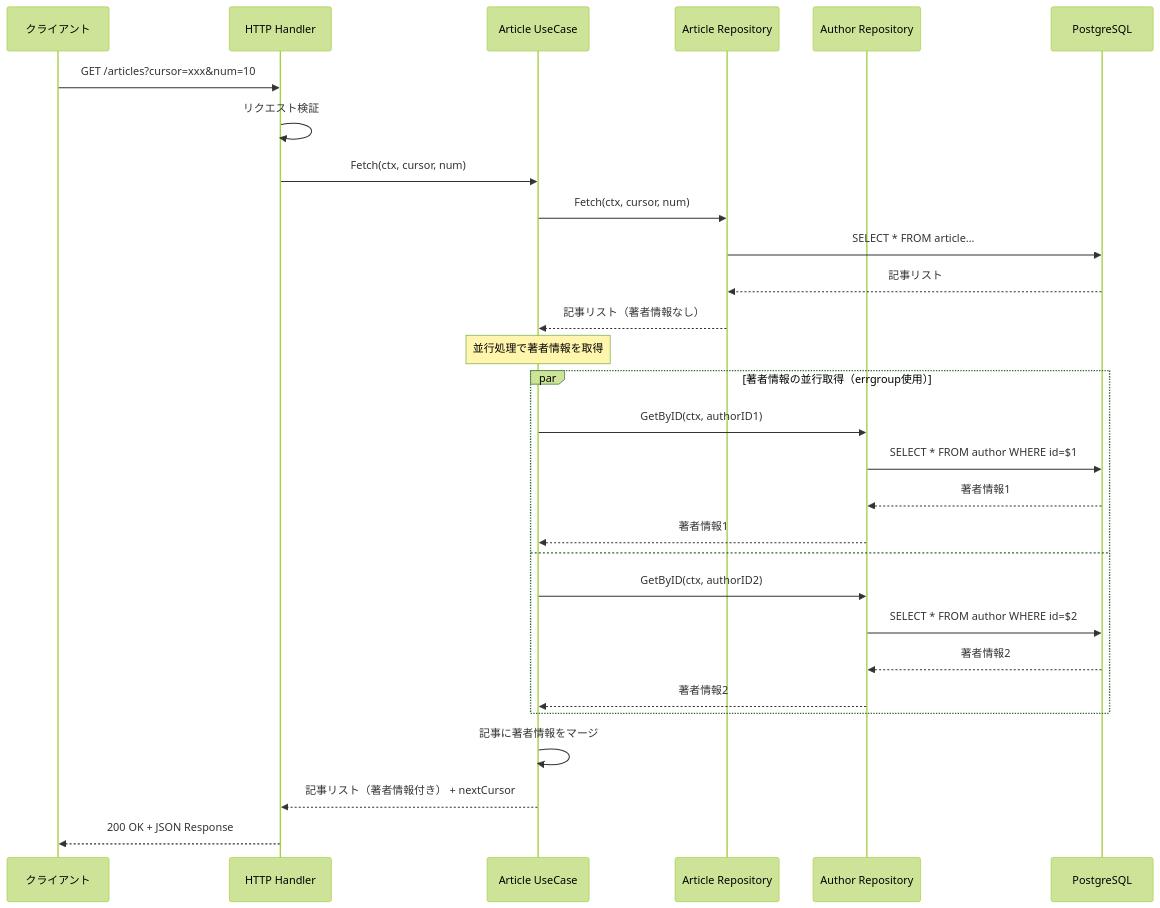
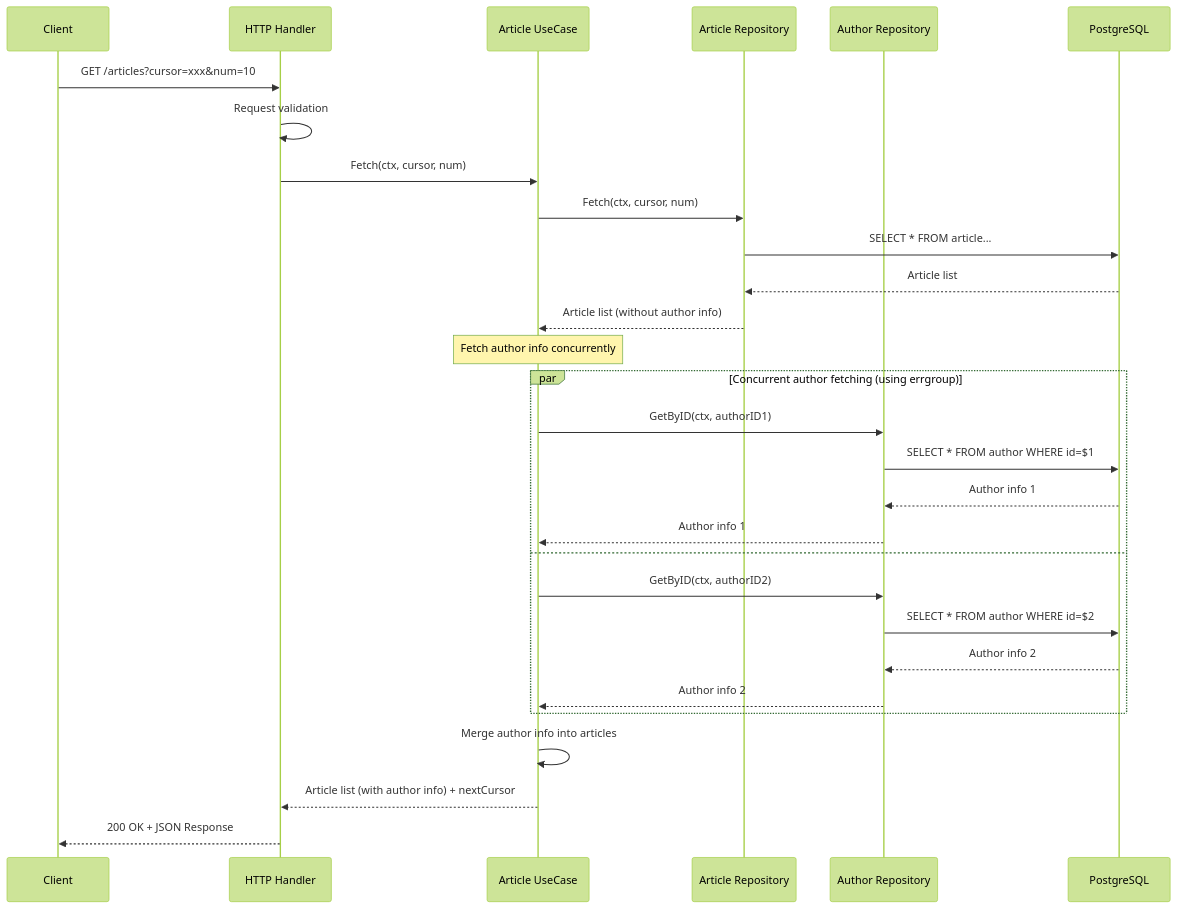
The second of 3 diagrams in docs/architecture.md (gr1m0h/test-server), drawn with Mermaid (forest theme) before and after one commit. The commit also changed other lines of this file and 3 other files, not shown here.

````diff
--- a/docs/architecture.md
+++ b/docs/architecture.md
@@ -149,36 +149,36 @@
 ```mermaid
 sequenceDiagram
-    participant Client as クライアント
+    participant Client as Client
     participant Handler as HTTP Handler
     participant UseCase as Article UseCase
     participant ArticleRepo as Article Repository
     participant AuthorRepo as Author Repository
     participant DB as PostgreSQL
 
     Client->>Handler: GET /articles?cursor=xxx&num=10
-    Handler->>Handler: リクエスト検証
+    Handler->>Handler: Request validation
     Handler->>UseCase: Fetch(ctx, cursor, num)
 
     UseCase->>ArticleRepo: Fetch(ctx, cursor, num)
     ArticleRepo->>DB: SELECT * FROM article...
-    DB-->>ArticleRepo: 記事リスト
-    ArticleRepo-->>UseCase: 記事リスト（著者情報なし）
+    DB-->>ArticleRepo: Article list
+    ArticleRepo-->>UseCase: Article list (without author info)
 
-    Note over UseCase: 並行処理で著者情報を取得
+    Note over UseCase: Fetch author info concurrently
 
-    par 著者情報の並行取得（errgroup使用）
+    par Concurrent author fetching (using errgroup)
         UseCase->>AuthorRepo: GetByID(ctx, authorID1)
         AuthorRepo->>DB: SELECT * FROM author WHERE id=$1
-        DB-->>AuthorRepo: 著者情報1
-        AuthorRepo-->>UseCase: 著者情報1
+        DB-->>AuthorRepo: Author info 1
+        AuthorRepo-->>UseCase: Author info 1
     and
         UseCase->>AuthorRepo: GetByID(ctx, authorID2)
         AuthorRepo->>DB: SELECT * FROM author WHERE id=$2
-        DB-->>AuthorRepo: 著者情報2
-        AuthorRepo-->>UseCase: 著者情報2
+        DB-->>AuthorRepo: Author info 2
+        AuthorRepo-->>UseCase: Author info 2
     end
 
-    UseCase->>UseCase: 記事に著者情報をマージ
-    UseCase-->>Handler: 記事リスト（著者情報付き） + nextCursor
+    UseCase->>UseCase: Merge author info into articles
+    UseCase-->>Handler: Article list (with author info) + nextCursor
     Handler-->>Client: 200 OK + JSON Response
 ```
````
